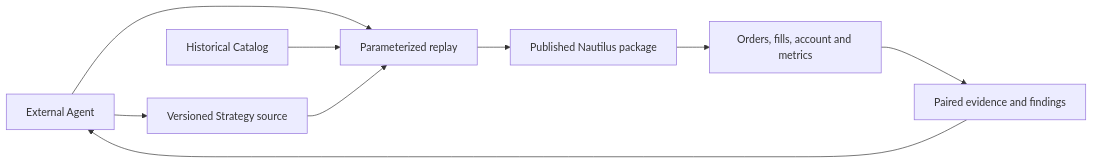
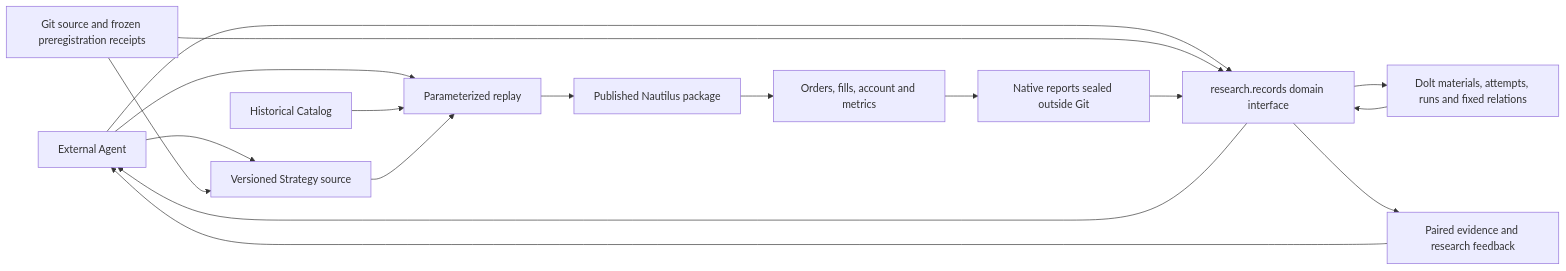
The diagram in docs/architecture.md (qOeOp/trade), drawn with Mermaid before and after one commit. The commit also changed other lines of this file and 47 other files, not shown here.

Commit message:
feat(records): migrate research metadata and materials to Dolt

````diff
--- a/docs/architecture.md
+++ b/docs/architecture.md
@@ -5,11 +5,19 @@
 ```mermaid
 flowchart LR
   A[External Agent] --> S[Versioned Strategy source]
+  A --> Q[research.records domain interface]
+  Q --> L[Dolt materials, attempts, runs and fixed relations]
+  L --> Q
+  Q --> A
+  G[Git source and frozen preregistration receipts] --> S
+  G --> Q
   A --> R[Parameterized replay]
   D[Historical Catalog] --> R
   S --> R
   R --> N[Published Nautilus package]
   N --> E[Orders, fills, account and metrics]
-  E --> F[Paired evidence and findings]
+  E --> C[Native reports sealed outside Git]
+  C --> Q
+  Q --> F[Paired evidence and research feedback]
   F --> A
 ```
````
